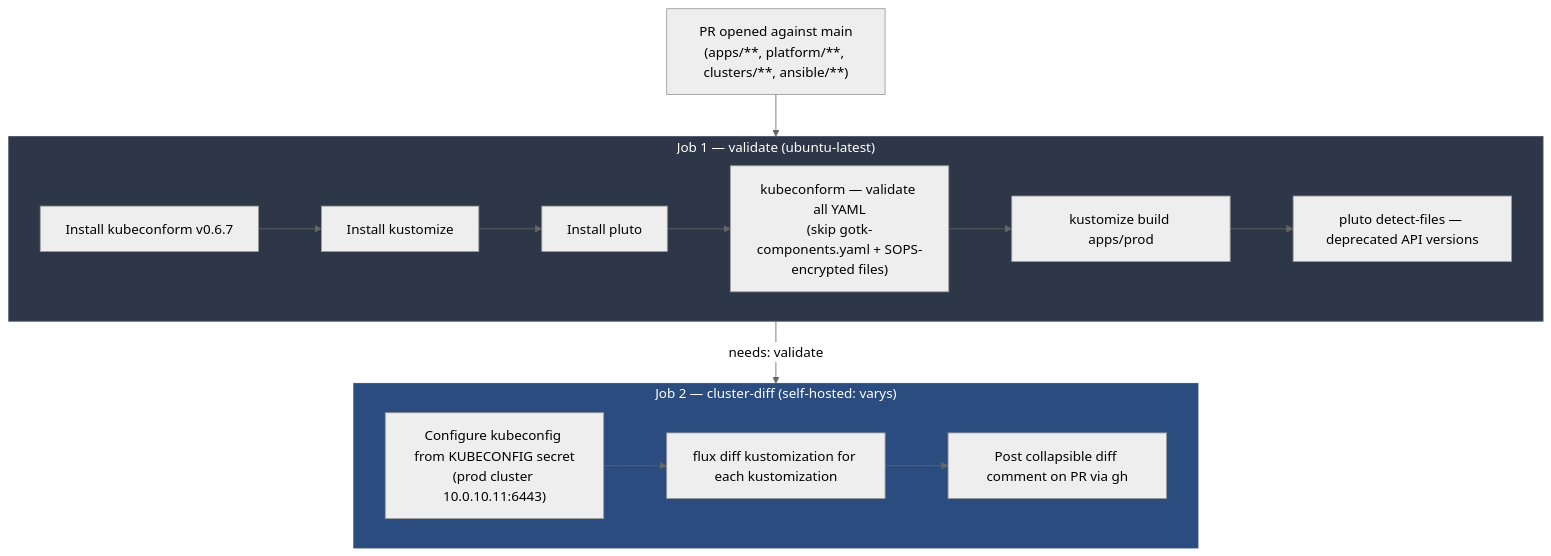
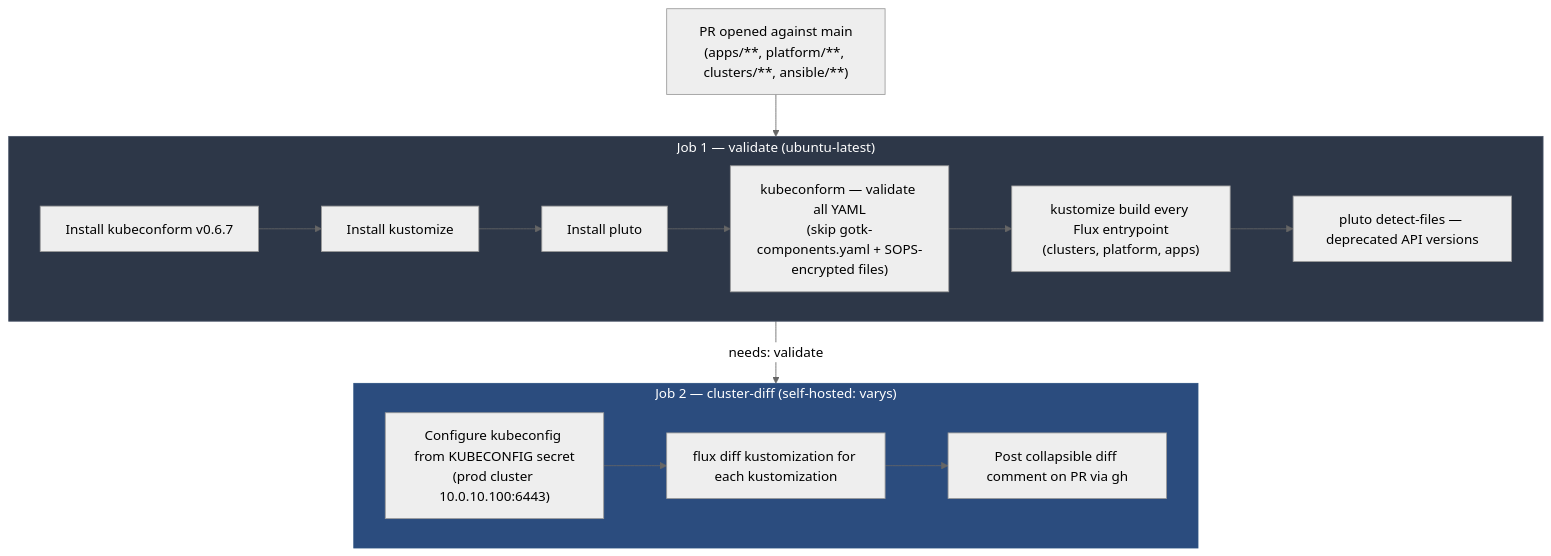
The second of 3 diagrams in docs/guides/04-Flux-GitOps.md (Kagiso-me/homelab-infrastructure), drawn with Mermaid (neutral theme) before and after one commit. The commit also changed other lines of this file and 40 other files, not shown here.

````diff
--- a/docs/guides/04-Flux-GitOps.md
+++ b/docs/guides/04-Flux-GitOps.md
@@ -155,27 +155,27 @@
 ```mermaid
 flowchart TD
     PR["PR opened against main\n(apps/**, platform/**, clusters/**, ansible/**)"]
     PR --> J1
 
     subgraph J1["Job 1 — validate (ubuntu-latest)"]
         V1["Install kubeconform v0.6.7"]
         V2["Install kustomize"]
         V3["Install pluto"]
         V4["kubeconform — validate all YAML\n(skip gotk-components.yaml + SOPS-encrypted files)"]
-        V5["kustomize build apps/prod"]
+        V5["kustomize build every Flux entrypoint\n(clusters, platform, apps)"]
         V6["pluto detect-files — deprecated API versions"]
         V1 --> V2 --> V3 --> V4 --> V5 --> V6
     end
 
     J1 -->|needs: validate| J2
 
     subgraph J2["Job 2 — cluster-diff (self-hosted: varys)"]
-        D1["Configure kubeconfig from KUBECONFIG secret\n(prod cluster 10.0.10.11:6443)"]
+        D1["Configure kubeconfig from KUBECONFIG secret\n(prod cluster 10.0.10.100:6443)"]
         D2["flux diff kustomization for each kustomization"]
         D3["Post collapsible diff comment on PR via gh"]
         D1 --> D2 --> D3
     end
 
     style J1 fill:#2d3748,color:#fff,stroke:#4a5568
     style J2 fill:#2b4c7e,color:#fff,stroke:#2c5282
 ```
````
